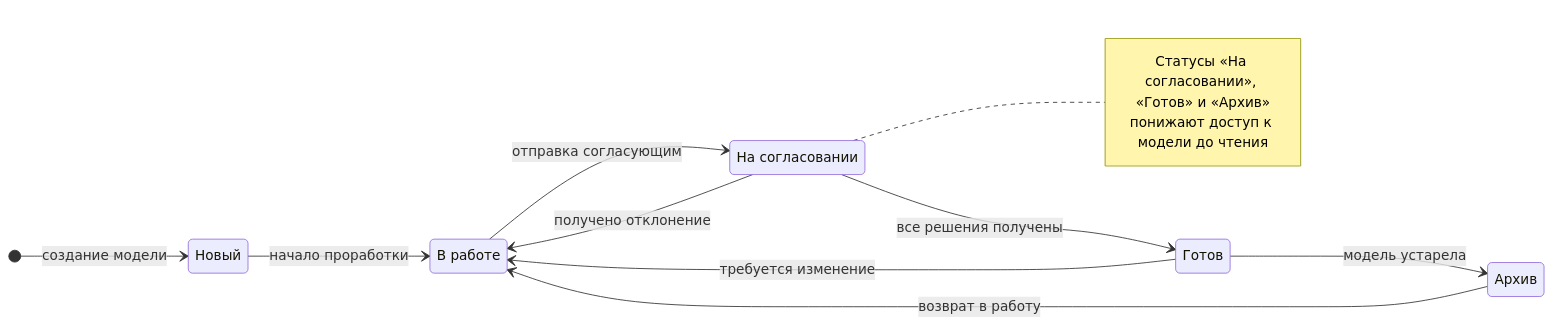
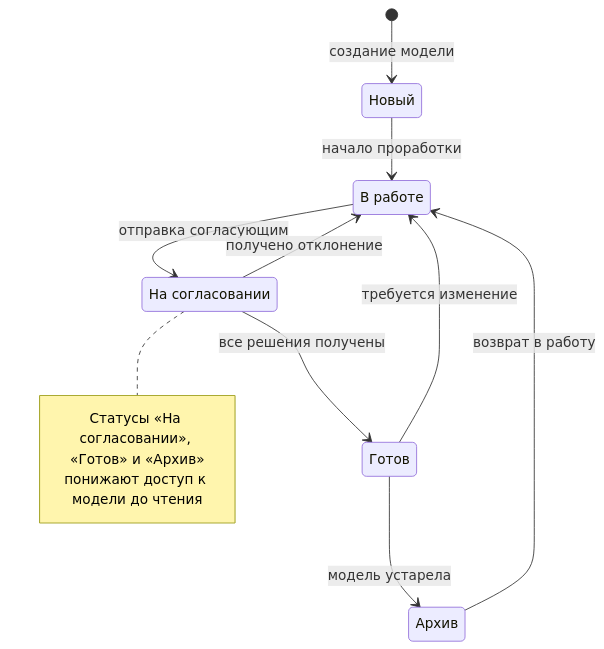
One commit to KotskinKotskin/stormbpmn-documentation changed the fourth of 8 diagrams in src/architecture/processes.md. Above: the diagram before and after it, drawn with Mermaid. The commit also changed other lines of this file and 6 other files, not shown here.

First line of the commit message:
refactor(docs): схемы архитектурного ревью — с SVG на mermaid

````diff
--- a/src/architecture/processes.md
+++ b/src/architecture/processes.md
@@ -104,23 +223,22 @@
 ```mermaid
 stateDiagram-v2
-    direction LR
     state "Новый" as new
     state "В работе" as progress
     state "На согласовании" as approval
     state "Готов" as done
     state "Архив" as archive
 
     [*] --> new: создание модели
     new --> progress: начало проработки
     progress --> approval: отправка согласующим
     approval --> progress: получено отклонение
     approval --> done: все решения получены
     done --> progress: требуется изменение
     done --> archive: модель устарела
     archive --> progress: возврат в работу
 
     note right of approval
         Статусы «На согласовании», «Готов» и «Архив»
         понижают доступ к модели до чтения
     end note
 ```
````
